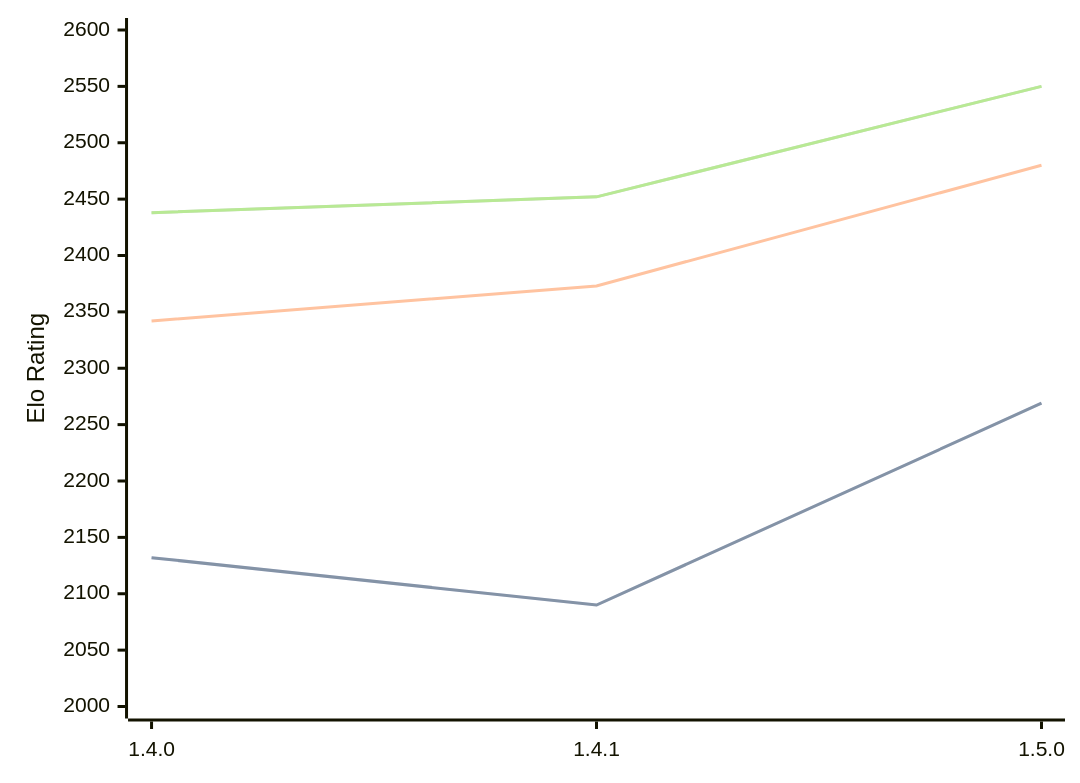
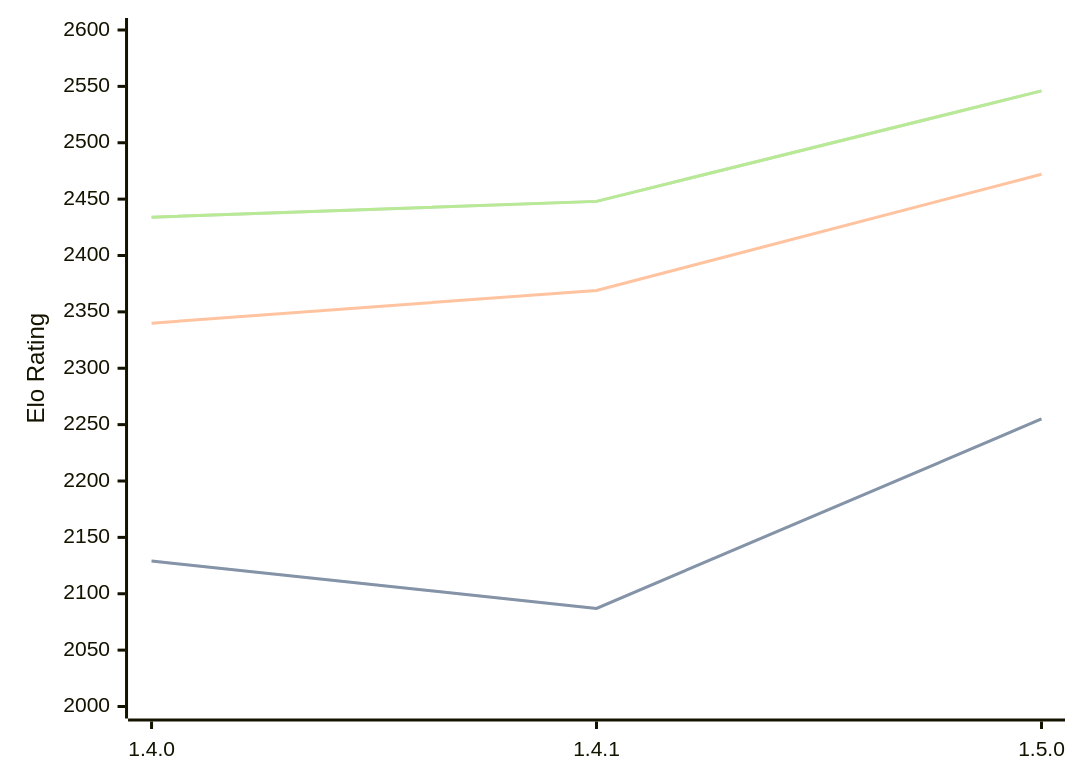
One commit to computer-chess-index/cci changed the diagram in engines/Tofiks.md. Above: the diagram before and after it, drawn with Mermaid. The commit also changed other lines of this file, not shown here.

Commit message:
Update CCI Ratings (ELO VLTC) - 2026-05-18

````diff
--- a/engines/Tofiks.md
+++ b/engines/Tofiks.md
@@ -37,11 +37,11 @@
 ```mermaid
 %%{init: {"theme":"base","themeVariables":{"seriesColors:['#a3a3a3','#222221','#faa371']}}}%%
 xychart-beta
   x-axis ["1.4.0", "1.4.1", "1.5.0"]
   y-axis "Elo Rating" 2000 --> 2600
-  line "STC (8.0+0.08s)" [2132, 2090, 2269]
-  line "STC (8.0+0.08s)" [2132, 2090, 2269]
-  line "LTC (60.0+0.60s)" [2342, 2373, 2480]
-  line "VLTC (2m24s+1.12s)" [2438, 2452, 2550]
-  line "VLTC (2m24s+1.12s)" [2438, 2452, 2550]
+  line "STC (8.0+0.08s)" [2129, 2087, 2255]
+  line "STC (8.0+0.08s)" [2129, 2087, 2255]
+  line "LTC (60.0+0.60s)" [2340, 2369, 2472]
+  line "VLTC (2m24s+1.12s)" [2434, 2448, 2546]
+  line "VLTC (2m24s+1.12s)" [2434, 2448, 2546]
 ```
````
